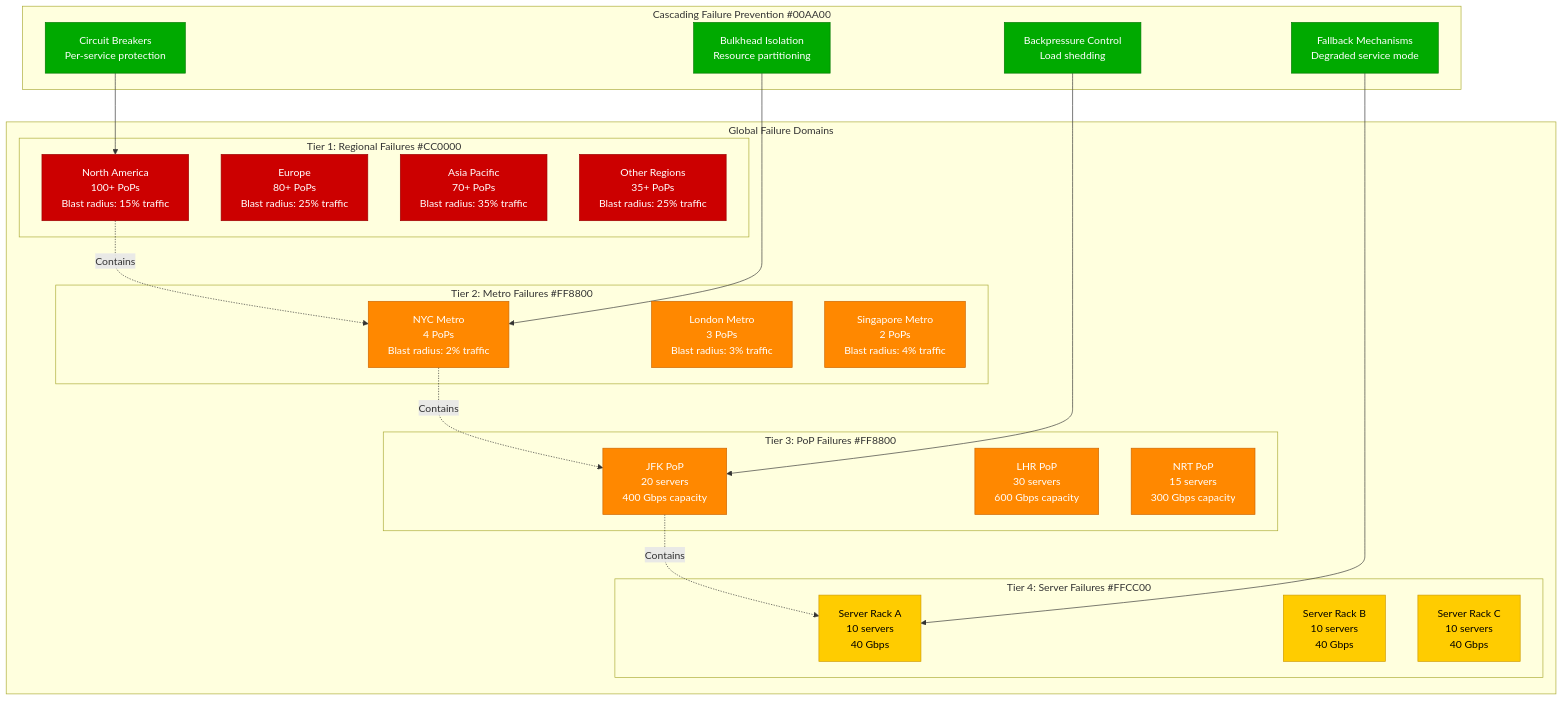
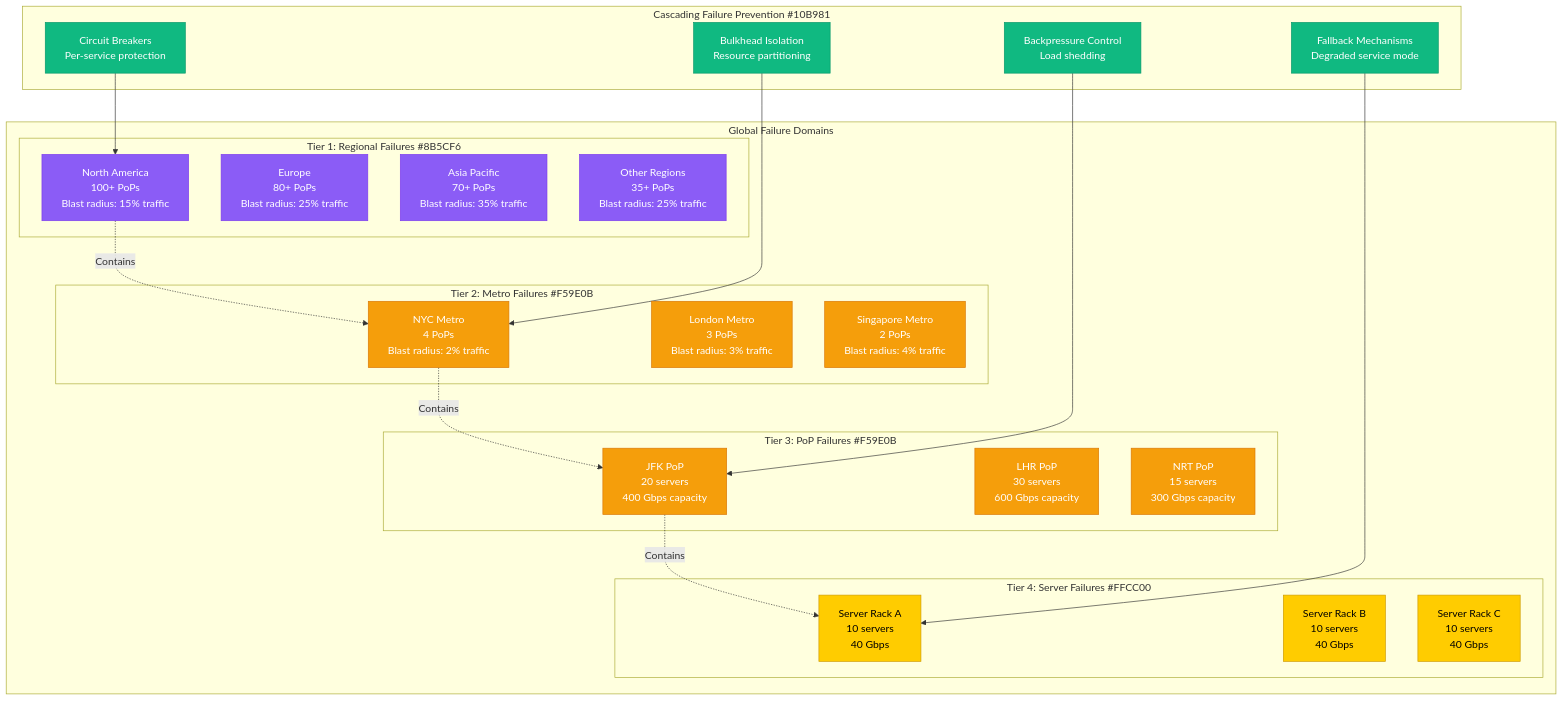
The first of 8 diagrams in site/docs/systems/cloudflare/failure-domains.md (deepaucksharma/DS), drawn with Mermaid before and after one commit. The commit also changed other lines of this file and 303 other files, not shown here.

````diff
--- a/site/docs/systems/cloudflare/failure-domains.md
+++ b/site/docs/systems/cloudflare/failure-domains.md
@@ -9,58 +9,58 @@
 ```mermaid
 graph TB
     subgraph "Global Failure Domains"
-        subgraph "Tier 1: Regional Failures #CC0000"
+        subgraph "Tier 1: Regional Failures #8B5CF6"
             REGION_NA[North America<br/>100+ PoPs<br/>Blast radius: 15% traffic]
             REGION_EU[Europe<br/>80+ PoPs<br/>Blast radius: 25% traffic]
             REGION_ASIA[Asia Pacific<br/>70+ PoPs<br/>Blast radius: 35% traffic]
             REGION_OTHER[Other Regions<br/>35+ PoPs<br/>Blast radius: 25% traffic]
         end
 
-        subgraph "Tier 2: Metro Failures #FF8800"
+        subgraph "Tier 2: Metro Failures #F59E0B"
             METRO_NYC[NYC Metro<br/>4 PoPs<br/>Blast radius: 2% traffic]
             METRO_LON[London Metro<br/>3 PoPs<br/>Blast radius: 3% traffic]
             METRO_SIN[Singapore Metro<br/>2 PoPs<br/>Blast radius: 4% traffic]
         end
 
-        subgraph "Tier 3: PoP Failures #FF8800"
+        subgraph "Tier 3: PoP Failures #F59E0B"
             POP_JFK[JFK PoP<br/>20 servers<br/>400 Gbps capacity]
             POP_LHR[LHR PoP<br/>30 servers<br/>600 Gbps capacity]
             POP_NRT[NRT PoP<br/>15 servers<br/>300 Gbps capacity]
         end
 
         subgraph "Tier 4: Server Failures #FFCC00"
             SERVER_1[Server Rack A<br/>10 servers<br/>40 Gbps]
             SERVER_2[Server Rack B<br/>10 servers<br/>40 Gbps]
             SERVER_3[Server Rack C<br/>10 servers<br/>40 Gbps]
         end
     end
 
-    subgraph "Cascading Failure Prevention #00AA00"
+    subgraph "Cascading Failure Prevention #10B981"
         CIRCUIT[Circuit Breakers<br/>Per-service protection]
         BULKHEAD[Bulkhead Isolation<br/>Resource partitioning]
         BACKPRESSURE[Backpressure Control<br/>Load shedding]
         FALLBACK[Fallback Mechanisms<br/>Degraded service mode]
     end
 
     %% Failure relationships
     REGION_NA -.->|Contains| METRO_NYC
     METRO_NYC -.->|Contains| POP_JFK
     POP_JFK -.->|Contains| SERVER_1
 
     %% Protection mechanisms
     CIRCUIT --> REGION_NA
     BULKHEAD --> METRO_NYC
     BACKPRESSURE --> POP_JFK
     FALLBACK --> SERVER_1
 
     %% Apply colors based on blast radius
-    classDef criticalStyle fill:#CC0000,stroke:#990000,color:#fff
-    classDef highStyle fill:#FF8800,stroke:#CC6600,color:#fff
+    classDef criticalStyle fill:#8B5CF6,stroke:#7C3AED,color:#fff
+    classDef highStyle fill:#F59E0B,stroke:#D97706,color:#fff
     classDef mediumStyle fill:#FFCC00,stroke:#CC9900,color:#000
-    classDef protectionStyle fill:#00AA00,stroke:#007700,color:#fff
+    classDef protectionStyle fill:#10B981,stroke:#059669,color:#fff
 
     class REGION_NA,REGION_EU,REGION_ASIA,REGION_OTHER criticalStyle
     class METRO_NYC,METRO_LON,METRO_SIN,POP_JFK,POP_LHR,POP_NRT highStyle
     class SERVER_1,SERVER_2,SERVER_3 mediumStyle
     class CIRCUIT,BULKHEAD,BACKPRESSURE,FALLBACK protectionStyle
 ```
````
